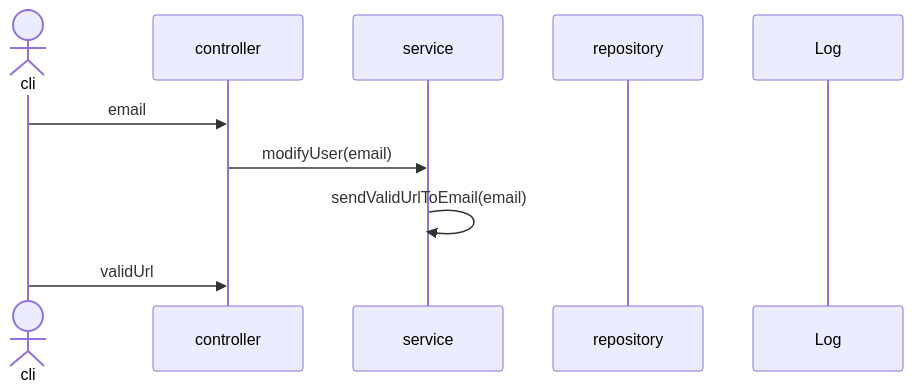
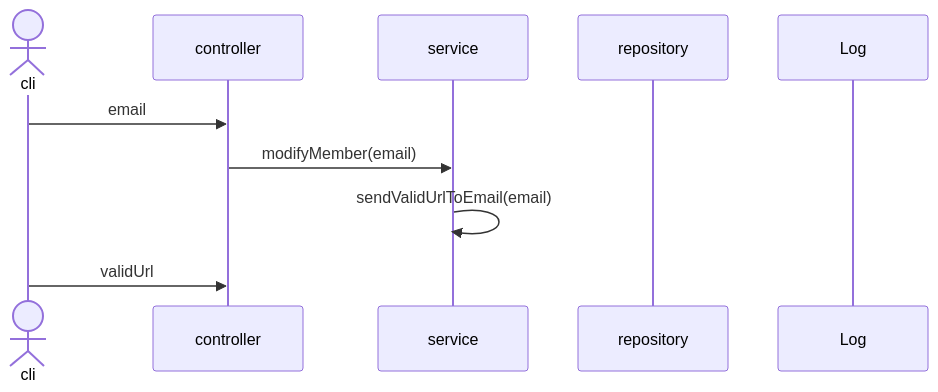
Before and after one commit to mtak0235/snsX: the sixth of 28 diagrams in sequence.md, drawn with Mermaid. The commit also changed other lines of this file, not shown here.

Commit message:
update user -> member & savePost sequence diagram

````diff
--- a/sequence.md
+++ b/sequence.md
@@ -110,13 +110,13 @@
 ```mermaid
 sequenceDiagram
 actor cli
 participant c as controller
 participant s as service
 participant r as repository
 participant l as Log
 
 cli->>c: email
-c->>s: modifyUser(email)
+c->>s: modifyMember(email)
 s->>s: sendValidUrlToEmail(email)
 cli->>c: validUrl
 ```
````
